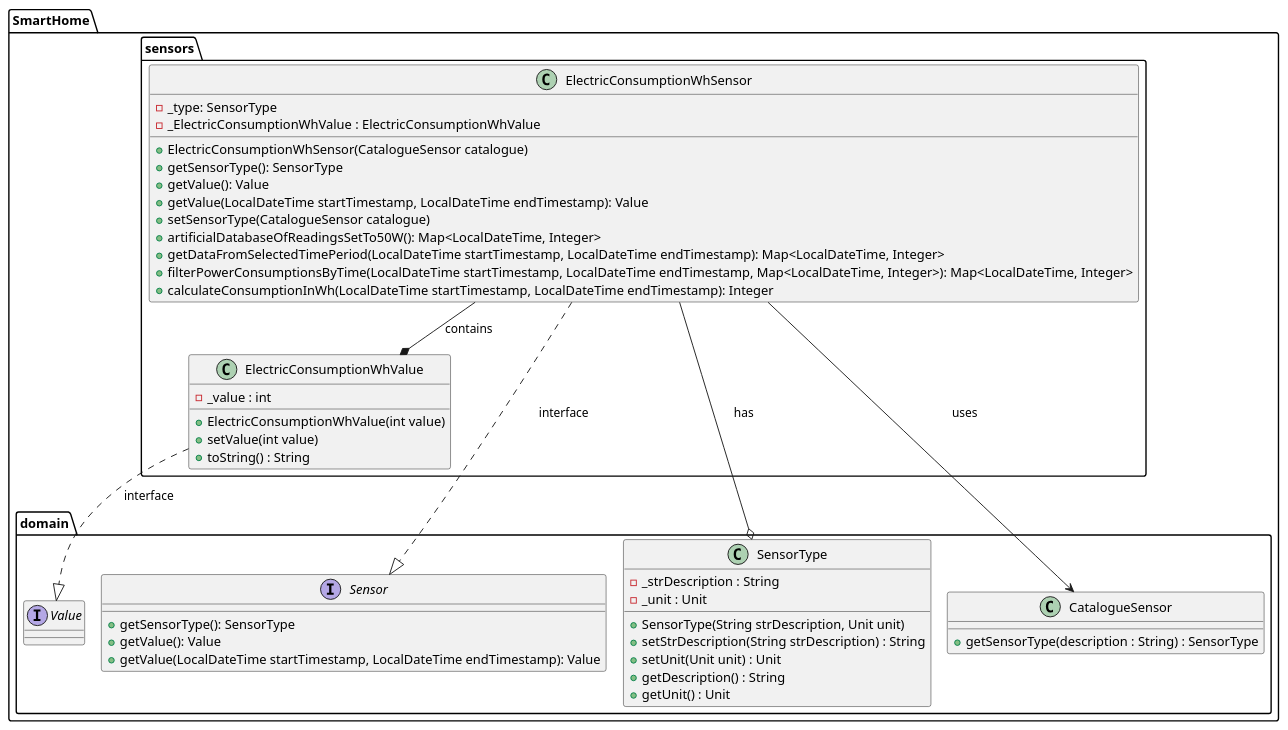
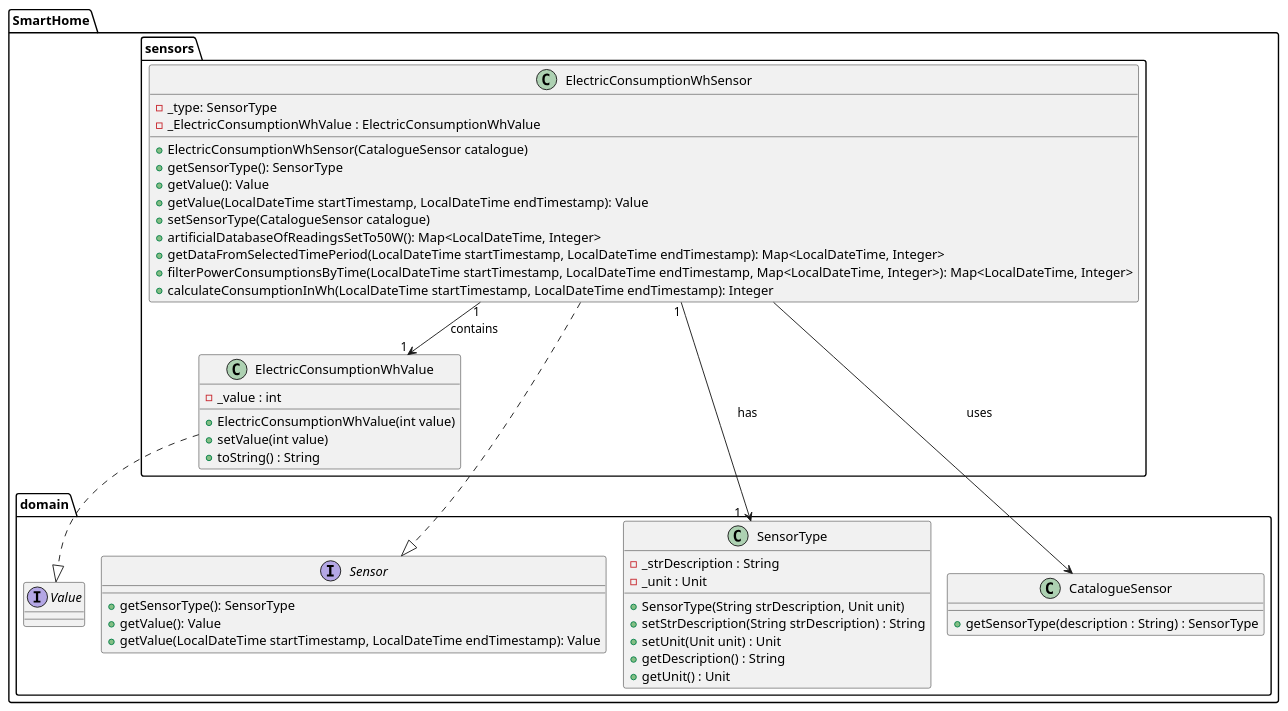
The diagram in docs/ood/classDiagram/US26EnergyConsumptionInWh.puml (olivDiogo/SmartHome), drawn with PlantUML before and after one commit. The commit also changed 1 other file, not shown here.

Commit message:
#38 removed private methods and updated cardinalities from class diagram

```diff
--- a/docs/ood/classDiagram/US26EnergyConsumptionInWh.puml
+++ b/docs/ood/classDiagram/US26EnergyConsumptionInWh.puml
@@ -1,60 +1,60 @@
 @startuml
 !pragma layout smetana
 
 package SmartHome.sensors {
 
   class ElectricConsumptionWhSensor {
     - _type: SensorType
     - _ElectricConsumptionWhValue : ElectricConsumptionWhValue
     + ElectricConsumptionWhSensor(CatalogueSensor catalogue)
     + getSensorType(): SensorType
     + getValue(): Value
     + getValue(LocalDateTime startTimestamp, LocalDateTime endTimestamp): Value
     + setSensorType(CatalogueSensor catalogue)
     + artificialDatabaseOfReadingsSetTo50W(): Map<LocalDateTime, Integer>
     + getDataFromSelectedTimePeriod(LocalDateTime startTimestamp, LocalDateTime endTimestamp): Map<LocalDateTime, Integer>
     + filterPowerConsumptionsByTime(LocalDateTime startTimestamp, LocalDateTime endTimestamp, Map<LocalDateTime, Integer>): Map<LocalDateTime, Integer>
     + calculateConsumptionInWh(LocalDateTime startTimestamp, LocalDateTime endTimestamp): Integer
   }
 
   class ElectricConsumptionWhValue {
     - _value : int
     + ElectricConsumptionWhValue(int value)
     + setValue(int value)
     + toString() : String
   }
 
 }
 
 package SmartHome.domain {
   interface Sensor {
     + getSensorType(): SensorType
     + getValue(): Value
     + getValue(LocalDateTime startTimestamp, LocalDateTime endTimestamp): Value
   }
   interface Value {
   }
 
   class SensorType {
     - _strDescription : String
     - _unit : Unit
     + SensorType(String strDescription, Unit unit)
     + setStrDescription(String strDescription) : String
     + setUnit(Unit unit) : Unit
     + getDescription() : String
     + getUnit() : Unit
   }
 
  class CatalogueSensor {
     + getSensorType(description : String) : SensorType
   }
 
 }
 
-SmartHome.sensors.ElectricConsumptionWhSensor ..|> SmartHome.domain.Sensor: interface
-SmartHome.sensors.ElectricConsumptionWhSensor --o SmartHome.domain.SensorType : has
+SmartHome.sensors.ElectricConsumptionWhSensor ..|> SmartHome.domain.Sensor
+SmartHome.sensors.ElectricConsumptionWhSensor "1"-->"1   " SmartHome.domain.SensorType : has
 SmartHome.sensors.ElectricConsumptionWhSensor --> SmartHome.domain.CatalogueSensor : uses
-SmartHome.sensors.ElectricConsumptionWhSensor --* SmartHome.sensors.ElectricConsumptionWhValue : contains
-SmartHome.sensors.ElectricConsumptionWhValue ..|> SmartHome.domain.Value: interface
+SmartHome.sensors.ElectricConsumptionWhSensor "1"-->"1" SmartHome.sensors.ElectricConsumptionWhValue : contains
+SmartHome.sensors.ElectricConsumptionWhValue ..|> SmartHome.domain.Value
 
 @enduml
```
